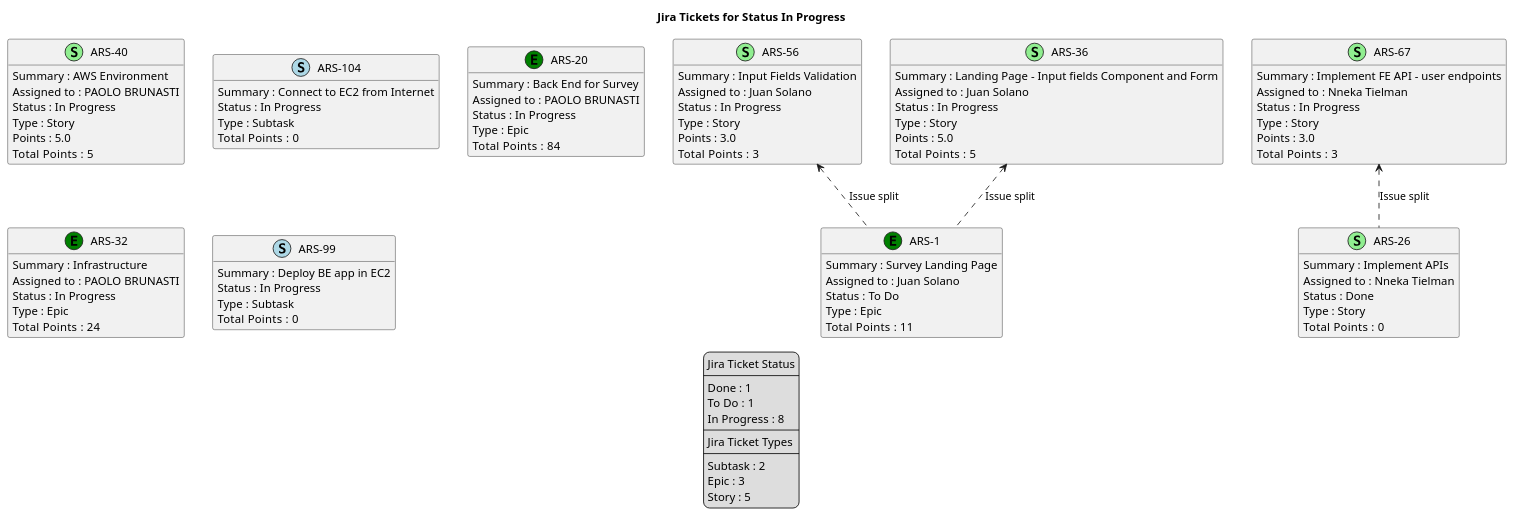
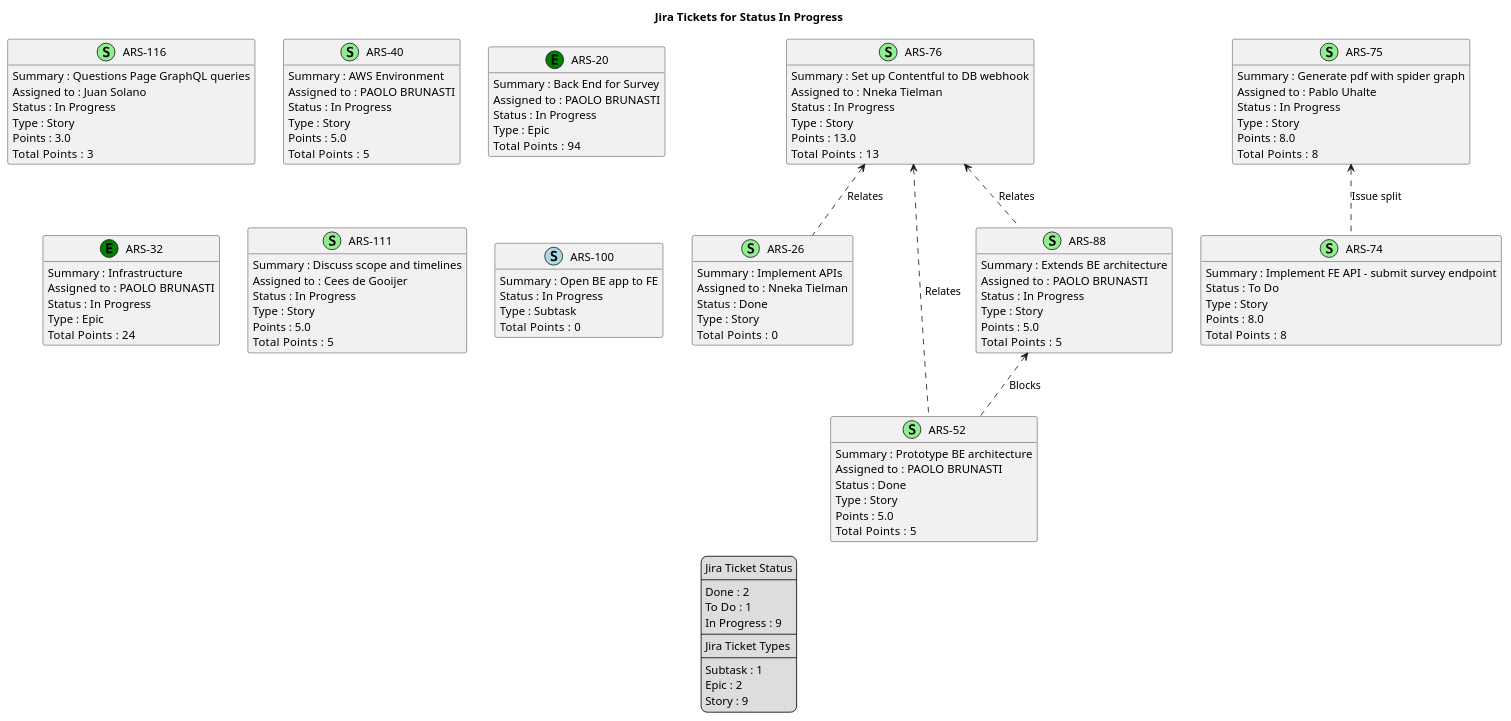
One commit to brunasti/jiraplotter changed the diagram in docs/nexus/jira-Status-In_Progress.puml. Above: the diagram before and after it, drawn with PlantUML. The commit also changed 26 other files, not shown here.

Commit message:
Regenerates Nexus diagrams

```diff
--- a/docs/nexus/jira-Status-In_Progress.puml
+++ b/docs/nexus/jira-Status-In_Progress.puml
@@ -1,116 +1,138 @@
 @startuml
 'https://plantuml.com/class-diagram
 
 ' GENERATE CLASS DIAGRAM ===========
-' Generated at    : Mon May 27 11:35:03 CEST 2024
+' Generated at    : Wed May 29 11:49:43 CEST 2024
 
 title Jira Tickets for Status In Progress
 hide empty members
 
 legend
 Jira Ticket Status
 ----
-Done : 1
+Done : 2
 To Do : 1
-In Progress : 8
+In Progress : 9
 ----
 Jira Ticket Types
 ----
-Subtask : 2
-Epic : 3
-Story : 5
+Subtask : 1
+Epic : 2
+Story : 9
 end legend
 
 
 ' Tickets =======
-class "ARS-40" << (S,lightgreen) >> {
- Summary : AWS Environment
- Assigned to : PAOLO BRUNASTI
- Status : In Progress
- Type : Story
- Points : 5.0
-Total  Points : 5
-}
-
-class "ARS-104" << (S,lightblue) >> {
- Summary : Connect to EC2 from Internet
- Status : In Progress
- Type : Subtask
-Total  Points : 0
-}
-
-class "ARS-56" << (S,lightgreen) >> {
- Summary : Input Fields Validation
+class "ARS-116" << (S,lightgreen) >> {
+ Summary : Questions Page GraphQL queries
  Assigned to : Juan Solano
  Status : In Progress
  Type : Story
  Points : 3.0
 Total  Points : 3
 }
 
-class "ARS-67" << (S,lightgreen) >> {
- Summary : Implement FE API - user endpoints
- Assigned to : Nneka Tielman
- Status : In Progress
- Type : Story
- Points : 3.0
-Total  Points : 3
-}
-
-class "ARS-36" << (S,lightgreen) >> {
- Summary : Landing Page - Input fields Component and Form
- Assigned to : Juan Solano
+class "ARS-40" << (S,lightgreen) >> {
+ Summary : AWS Environment
+ Assigned to : PAOLO BRUNASTI
  Status : In Progress
  Type : Story
  Points : 5.0
 Total  Points : 5
 }
 
 class "ARS-26" << (S,lightgreen) >> {
  Summary : Implement APIs
  Assigned to : Nneka Tielman
  Status : Done
  Type : Story
 Total  Points : 0
 }
 
-class "ARS-1" << (E,green) >> {
- Summary : Survey Landing Page
- Assigned to : Juan Solano
+class "ARS-74" << (S,lightgreen) >> {
+ Summary : Implement FE API - submit survey endpoint
  Status : To Do
- Type : Epic
-Total  Points : 11
+ Type : Story
+ Points : 8.0
+Total  Points : 8
+}
+
+class "ARS-52" << (S,lightgreen) >> {
+ Summary : Prototype BE architecture
+ Assigned to : PAOLO BRUNASTI
+ Status : Done
+ Type : Story
+ Points : 5.0
+Total  Points : 5
 }
 
 class "ARS-20" << (E,green) >> {
  Summary : Back End for Survey
  Assigned to : PAOLO BRUNASTI
  Status : In Progress
  Type : Epic
-Total  Points : 84
+Total  Points : 94
+}
+
+class "ARS-75" << (S,lightgreen) >> {
+ Summary : Generate pdf with spider graph
+ Assigned to : Pablo Uhalte
+ Status : In Progress
+ Type : Story
+ Points : 8.0
+Total  Points : 8
 }
 
 class "ARS-32" << (E,green) >> {
  Summary : Infrastructure
  Assigned to : PAOLO BRUNASTI
  Status : In Progress
  Type : Epic
 Total  Points : 24
 }
 
-class "ARS-99" << (S,lightblue) >> {
- Summary : Deploy BE app in EC2
+class "ARS-76" << (S,lightgreen) >> {
+ Summary : Set up Contentful to DB webhook
+ Assigned to : Nneka Tielman
+ Status : In Progress
+ Type : Story
+ Points : 13.0
+Total  Points : 13
+}
+
+class "ARS-111" << (S,lightgreen) >> {
+ Summary : Discuss scope and timelines
+ Assigned to : Cees de Gooijer
+ Status : In Progress
+ Type : Story
+ Points : 5.0
+Total  Points : 5
+}
+
+class "ARS-88" << (S,lightgreen) >> {
+ Summary : Extends BE architecture
+ Assigned to : PAOLO BRUNASTI
+ Status : In Progress
+ Type : Story
+ Points : 5.0
+Total  Points : 5
+}
+
+class "ARS-100" << (S,lightblue) >> {
+ Summary : Open BE app to FE
  Status : In Progress
  Type : Subtask
 Total  Points : 0
 }
 
 
 
 ' Links =======
-"ARS-36" <.. "ARS-1" : Issue split
-"ARS-56" <.. "ARS-1" : Issue split
-"ARS-67" <.. "ARS-26" : Issue split
+"ARS-75" <.. "ARS-74" : Issue split
+"ARS-76" <.. "ARS-26" : Relates
+"ARS-76" <.. "ARS-52" : Relates
+"ARS-76" <.. "ARS-88" : Relates
+"ARS-88" <.. "ARS-52" : Blocks
 
 
 @enduml
```
